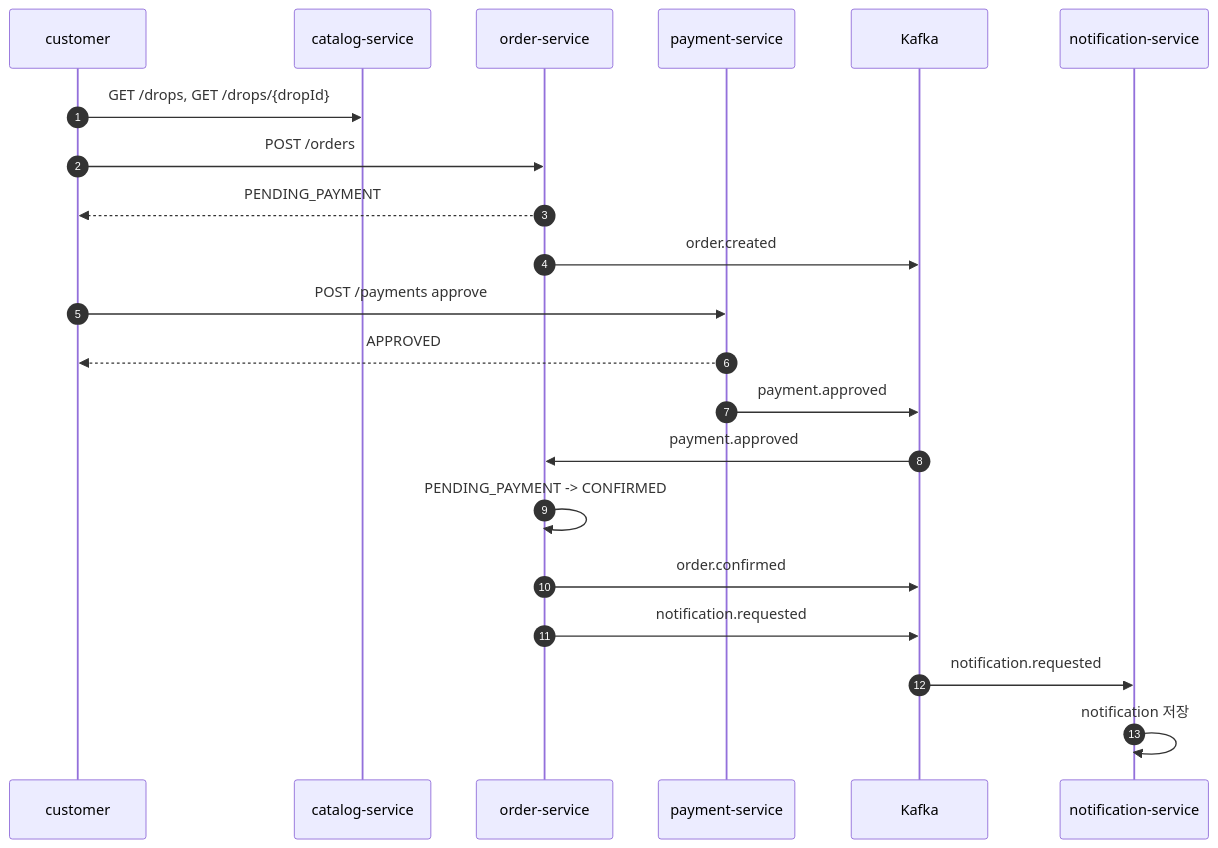
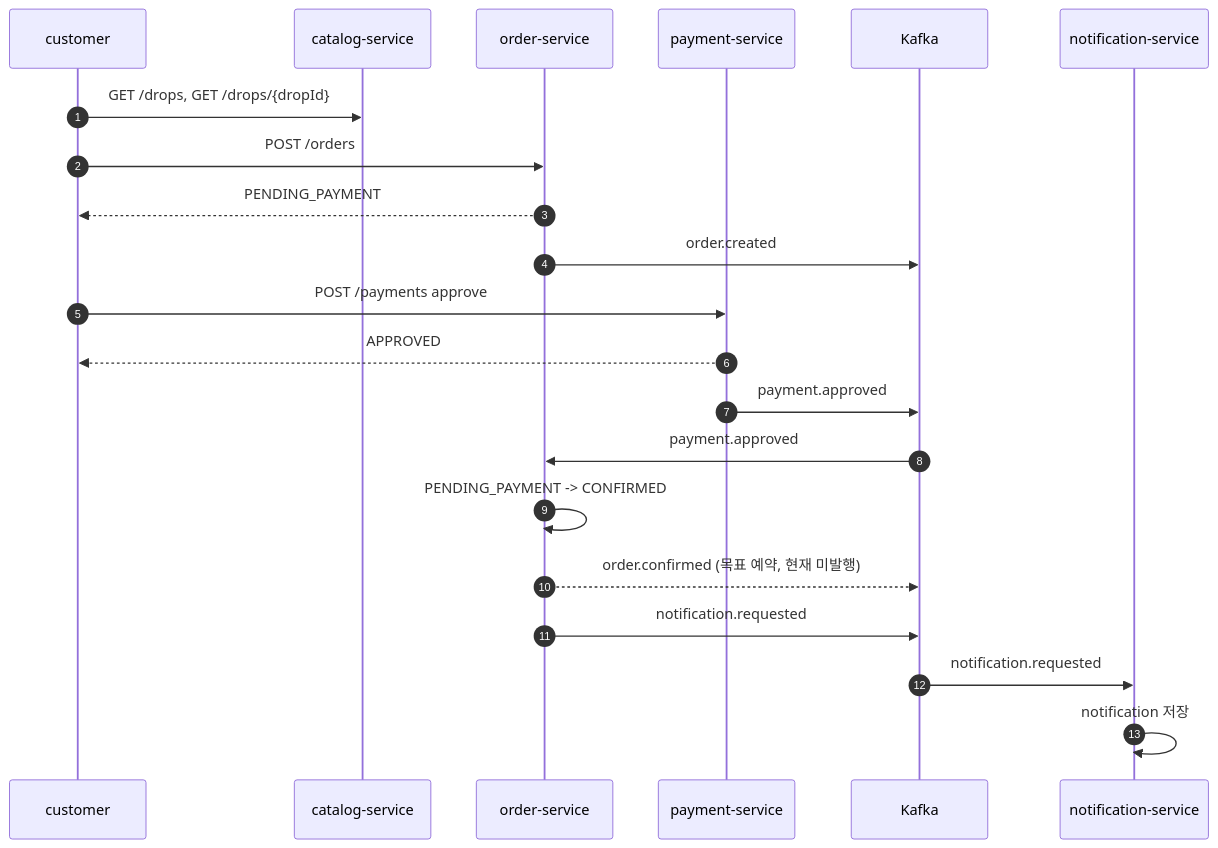
The second of 2 diagrams in scenarios/normal-purchase/00-detailed-design.md (Medikong/archive), drawn with Mermaid before and after one commit. The commit also changed other lines of this file and 32 other files, not shown here.

````diff
--- a/scenarios/normal-purchase/00-detailed-design.md
+++ b/scenarios/normal-purchase/00-detailed-design.md
@@ -98,24 +100,24 @@
 ```mermaid
 sequenceDiagram
     autonumber
     participant C as customer
     participant CAT as catalog-service
     participant O as order-service
     participant P as payment-service
     participant K as Kafka
     participant N as notification-service
 
     C->>CAT: GET /drops, GET /drops/{dropId}
     C->>O: POST /orders
     O-->>C: PENDING_PAYMENT
     O->>K: order.created
     C->>P: POST /payments approve
     P-->>C: APPROVED
     P->>K: payment.approved
     K->>O: payment.approved
     O->>O: PENDING_PAYMENT -> CONFIRMED
-    O->>K: order.confirmed
+    O-->>K: order.confirmed (목표 예약, 현재 미발행)
     O->>K: notification.requested
     K->>N: notification.requested
     N->>N: notification 저장
 ```
````
